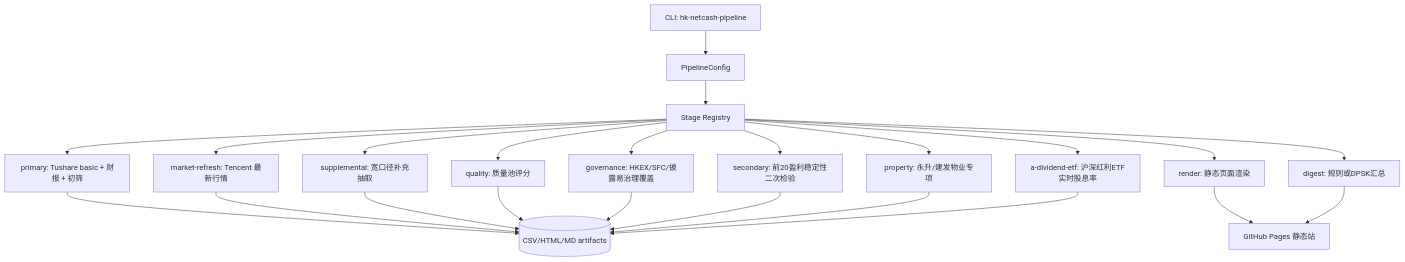
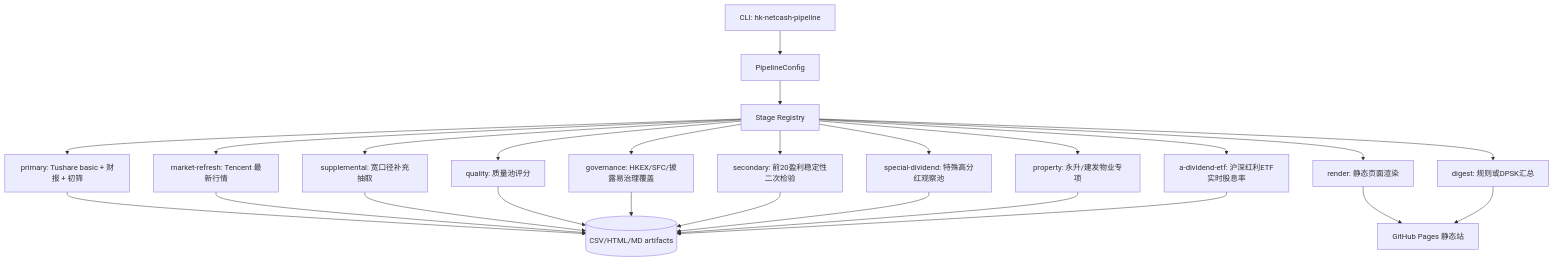
One commit to measimov/hk-netcash-candidates changed the diagram in docs/architecture.md. Above: the diagram before and after it, drawn with Mermaid. The commit also changed other lines of this file and 18 other files, not shown here.

Commit message:
Add special dividend watchlist

````diff
--- a/docs/architecture.md
+++ b/docs/architecture.md
@@ -22,25 +22,27 @@
 ```mermaid
 flowchart TD
     A[CLI: hk-netcash-pipeline] --> B[PipelineConfig]
     B --> C[Stage Registry]
     C --> D1[primary: Tushare basic + 财报 + 初筛]
     C --> D2[market-refresh: Tencent 最新行情]
     C --> D3[supplemental: 宽口径补充抽取]
     C --> D4[quality: 质量池评分]
     C --> D5[governance: HKEX/SFC/披露易治理覆盖]
     C --> D6[secondary: 前20盈利稳定性二次检验]
-    C --> D7[property: 永升/建发物业专项]
-    C --> D8[a-dividend-etf: 沪深红利ETF实时股息率]
-    C --> D9[render: 静态页面渲染]
-    C --> D10[digest: 规则或DPSK汇总]
+    C --> D7[special-dividend: 特殊高分红观察池]
+    C --> D8[property: 永升/建发物业专项]
+    C --> D9[a-dividend-etf: 沪深红利ETF实时股息率]
+    C --> D10[render: 静态页面渲染]
+    C --> D11[digest: 规则或DPSK汇总]
     D1 --> E[(CSV/HTML/MD artifacts)]
     D2 --> E
     D3 --> E
     D4 --> E
     D5 --> E
     D6 --> E
     D7 --> E
     D8 --> E
-    D9 --> F[GitHub Pages 静态站]
-    D10 --> F
+    D9 --> E
+    D10 --> F[GitHub Pages 静态站]
+    D11 --> F
 ```
````
